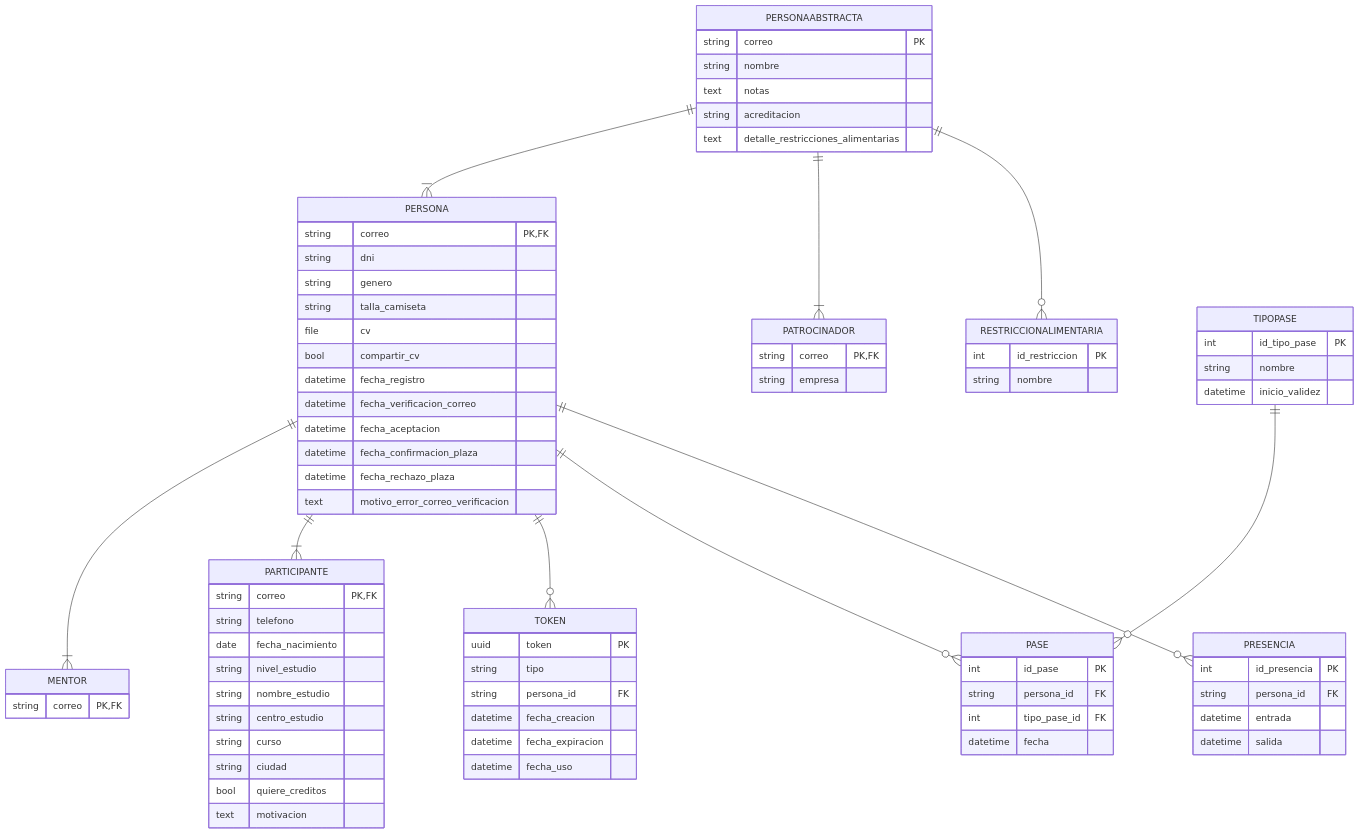
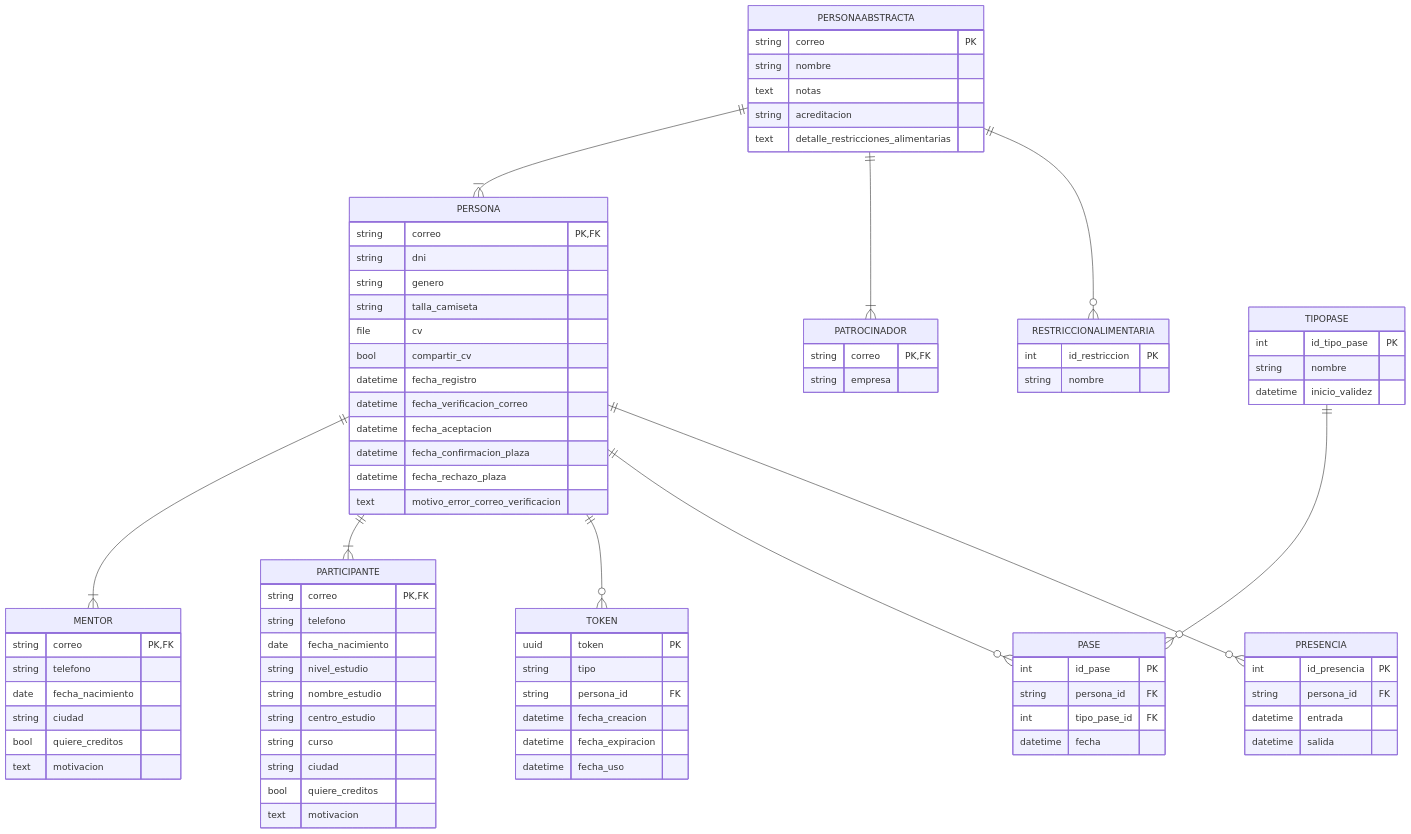
Before and after one commit to danicallero/hackackathon: the diagram in README.md, drawn with Mermaid. The commit also changed 2 other files, not shown here.

Commit message:
feat: Campos nuevos en Mentor

```diff
--- a/README.md
+++ b/README.md
@@ -56,6 +56,11 @@
 
     MENTOR {
         string correo PK, FK
+        string telefono
+        date fecha_nacimiento
+        string ciudad
+        bool quiere_creditos
+        text motivacion
     }
 
     PARTICIPANTE {
```
